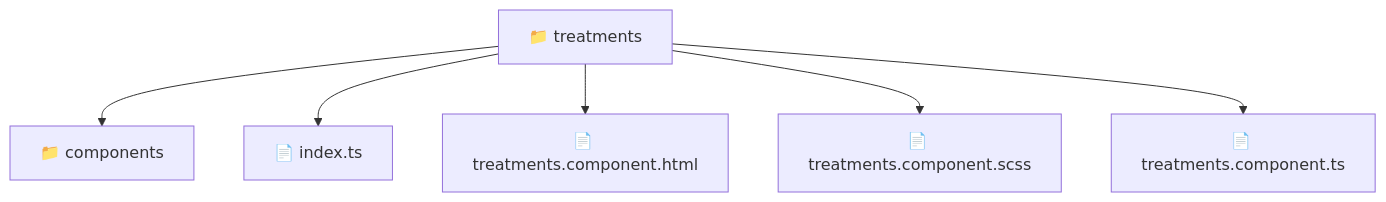
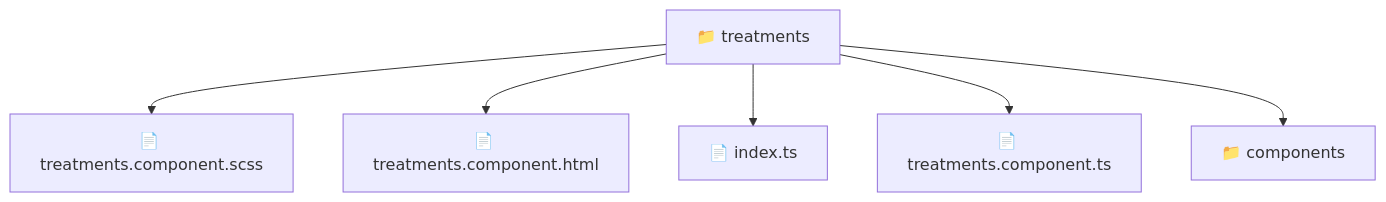
One commit to beginwebdev2002/fullstack-mavluda changed the diagram in frontend/src/pages/treatments/README.md. Above: the diagram before and after it, drawn with Mermaid. The commit also changed other lines of this file and 164 other files, not shown here.

First line of the commit message:
docs: generate robust autonomous architectural documentation

````diff
--- a/frontend/src/pages/treatments/README.md
+++ b/frontend/src/pages/treatments/README.md
@@ -11,9 +11,9 @@
 ```mermaid
 graph TD
-  Root["📁 treatments"]
-  Root --> components["📁 components"]
-  Root --> index_ts["📄 index.ts"]
-  Root --> treatments_component_html["📄 treatments.component.html"]
-  Root --> treatments_component_scss["📄 treatments.component.scss"]
-  Root --> treatments_component_ts["📄 treatments.component.ts"]
+    f_treatments["📁 treatments"]
+    f_treatments --> f_treatments_component_scss["📄 treatments.component.scss"]
+    f_treatments --> f_treatments_component_html["📄 treatments.component.html"]
+    f_treatments --> f_index_ts["📄 index.ts"]
+    f_treatments --> f_treatments_component_ts["📄 treatments.component.ts"]
+    f_treatments --> f_components["📁 components"]
 ```
````
